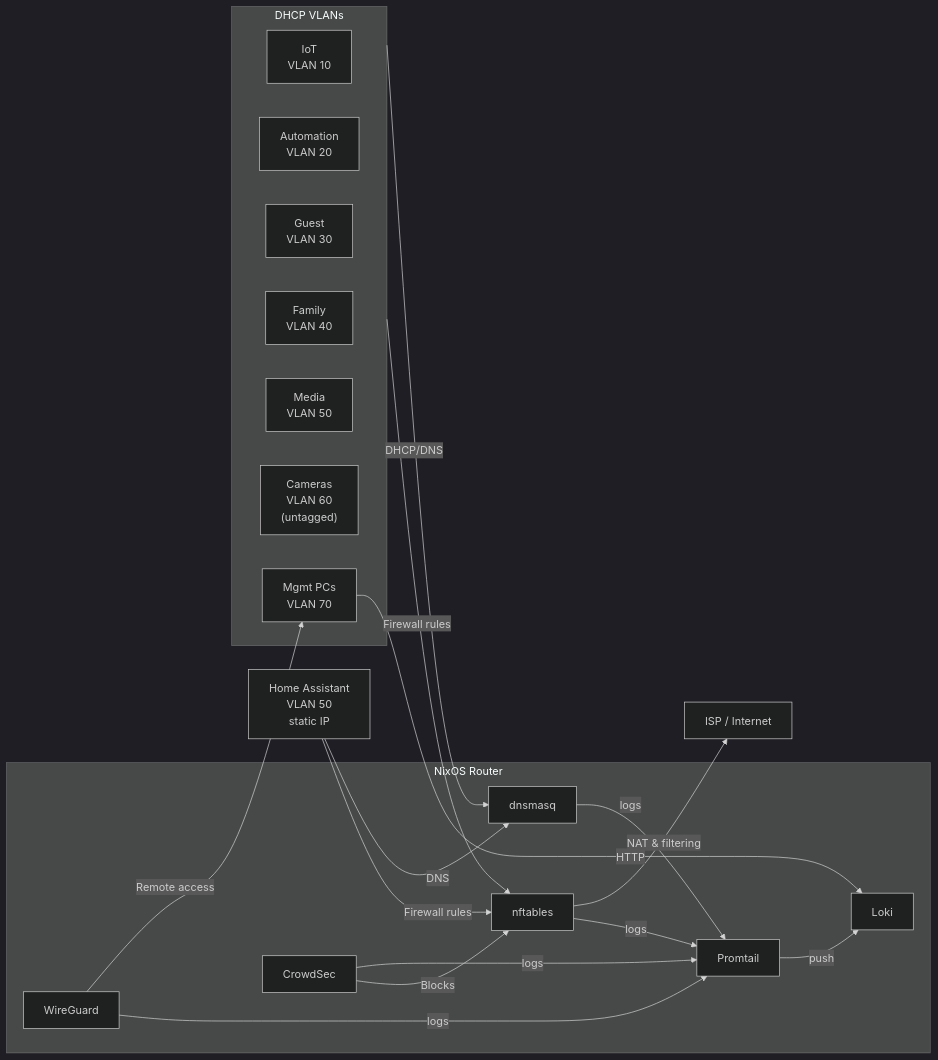
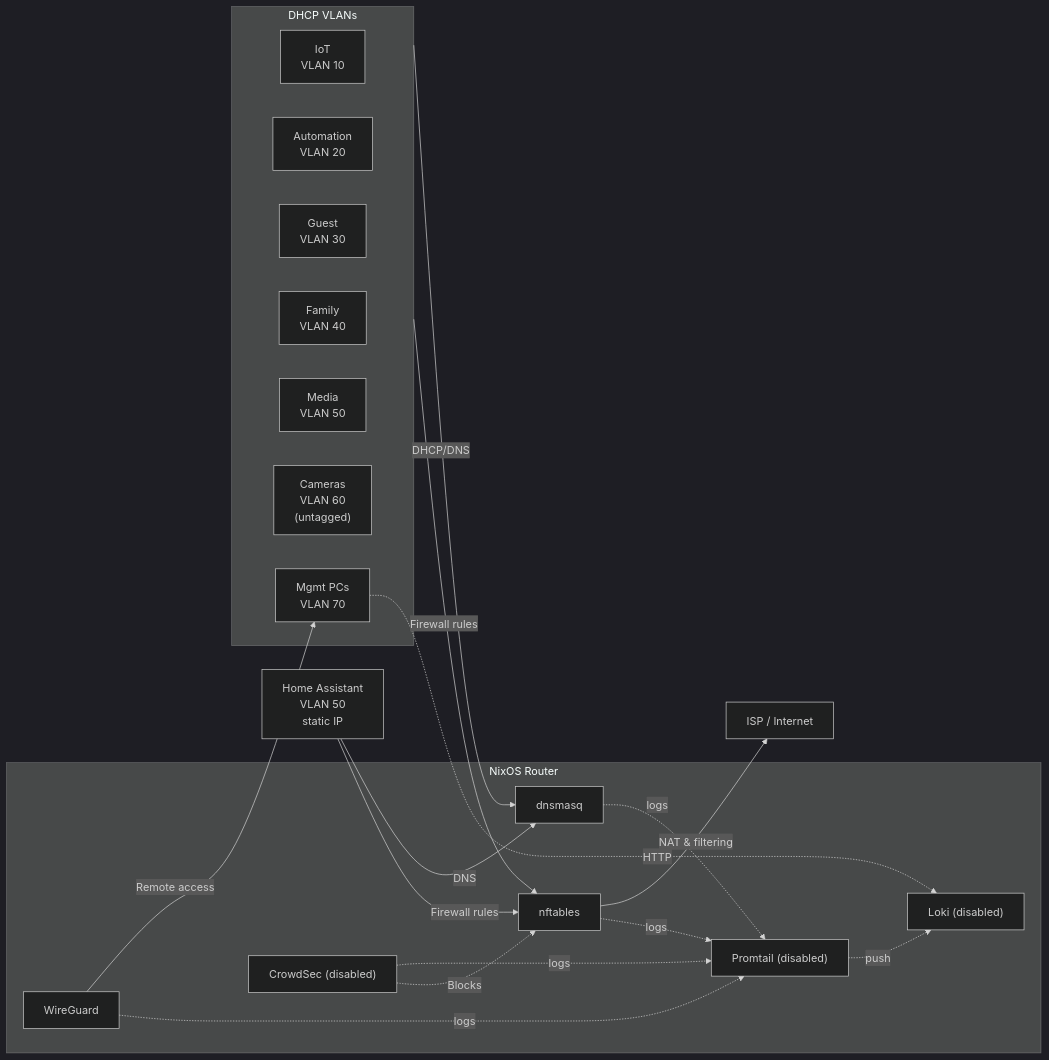
The first of 8 diagrams in SOFTWARE.md (GEMISIS/home-network-setup), drawn with Mermaid (dark theme) before and after one commit. The commit also changed other lines of this file and 3 other files, not shown here.

Commit message:
Disable monitoring services and mark diagrams

````diff
--- a/SOFTWARE.md
+++ b/SOFTWARE.md
@@ -19,41 +19,41 @@
 ```mermaid
 flowchart LR
     %% Router services
     subgraph Router["NixOS Router"]
         NF["nftables"]
         DM["dnsmasq"]
         WG["WireGuard"]
-        PR["Promtail"]
-        CS["CrowdSec"]
-        LK["Loki"]
+        PR["Promtail (disabled)"]
+        CS["CrowdSec (disabled)"]
+        LK["Loki (disabled)"]
     end
 
     %% Networks
     subgraph DHCPVLANs["DHCP VLANs"]
         IoT["IoT</br>VLAN 10"]
         Auto["Automation</br>VLAN 20"]
         Guest["Guest</br>VLAN 30"]
         Family["Family</br>VLAN 40"]
         Media["Media</br>VLAN 50"]
         Cameras["Cameras</br>VLAN 60</br>(untagged)"]
         Mgmt["Mgmt PCs</br>VLAN 70"]
     end
     HA["Home Assistant</br>VLAN 50</br>static IP"]
 
     ISP["ISP / Internet"]
 
     %% Service links
     DHCPVLANs -->|"DHCP/DNS"| DM
     HA -->|"DNS"| DM
     DHCPVLANs -->|"Firewall rules"| NF
     HA -->|"Firewall rules"| NF
     NF -->|"NAT & filtering"| ISP
     WG -->|"Remote access"| Mgmt
-    NF -->|"logs"| PR
-    DM -->|"logs"| PR
-    WG -->|"logs"| PR
-    CS -->|"logs"| PR
-    PR -->|"push"| LK
-    Mgmt -->|"HTTP"| LK
-    CS -->|"Blocks"| NF
+    NF -.->|"logs"| PR
+    DM -.->|"logs"| PR
+    WG -.->|"logs"| PR
+    CS -.->|"logs"| PR
+    PR -.->|"push"| LK
+    Mgmt -.->|"HTTP"| LK
+    CS -.->|"Blocks"| NF
 ```
````
